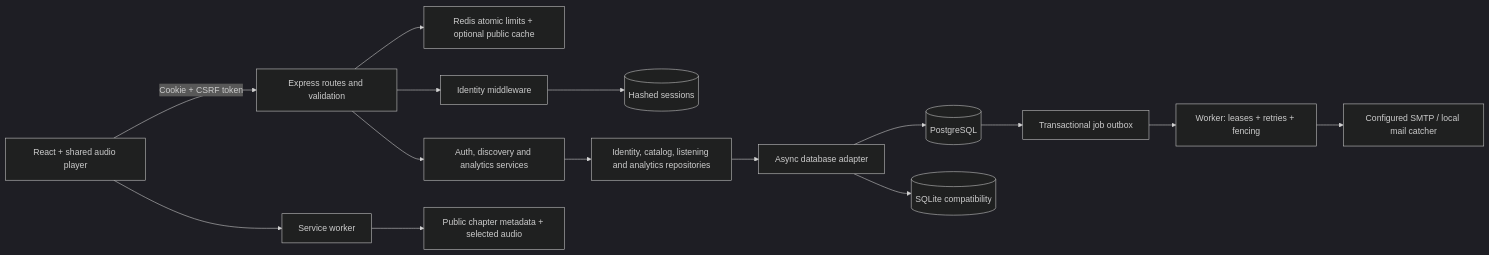
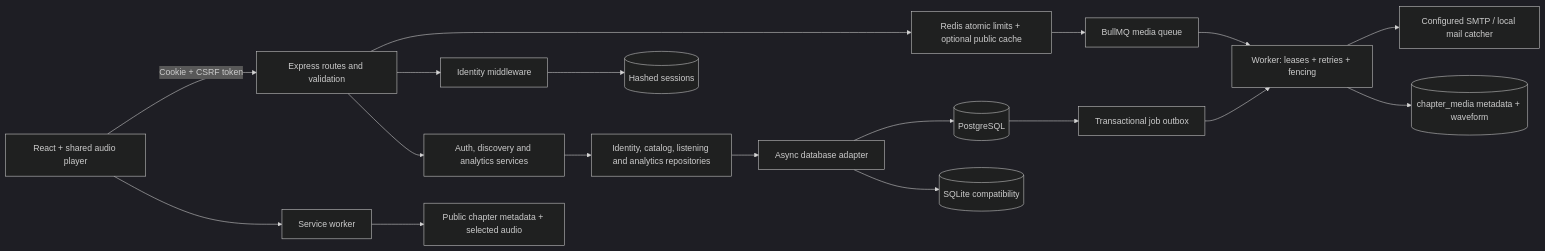
One commit to codeit-ronit/SOUNDWAVE changed the diagram in docs/ARCHITECTURE.md. Above: the diagram before and after it, drawn with Mermaid (dark theme). The commit also changed other lines of this file and 5 other files, not shown here.

````diff
--- a/docs/ARCHITECTURE.md
+++ b/docs/ARCHITECTURE.md
@@ -7,17 +7,20 @@
 ```mermaid
 flowchart LR
   UI[React + shared audio player] -->|Cookie + CSRF token| API[Express routes and validation]
   API --> Redis[Redis atomic limits + optional public cache]
   API --> Auth[Identity middleware]
   Auth --> Sessions[(Hashed sessions)]
   API --> Services[Auth, discovery and analytics services]
   Services --> Repos[Identity, catalog, listening and analytics repositories]
   Repos --> Adapter[Async database adapter]
   Adapter --> PG[(PostgreSQL)]
   PG --> Jobs[Transactional job outbox]
   Jobs --> Worker[Worker: leases + retries + fencing]
   Worker --> SMTP[Configured SMTP / local mail catcher]
+  Redis --> Media[BullMQ media queue]
+  Media --> Worker
+  Worker --> Derived[(chapter_media metadata + waveform)]
   Adapter --> SQLite[(SQLite compatibility)]
   UI --> SW[Service worker]
   SW --> Cache[Public chapter metadata + selected audio]
 ```
````
